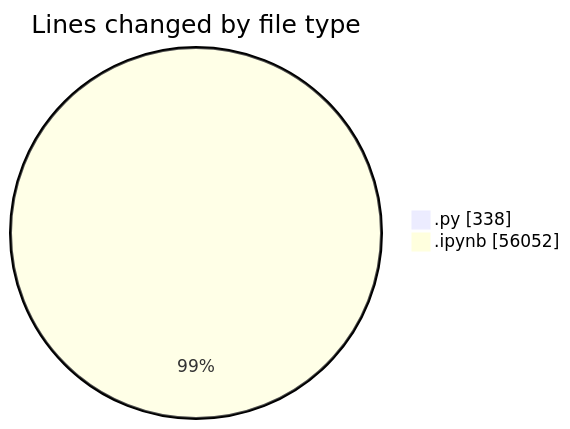
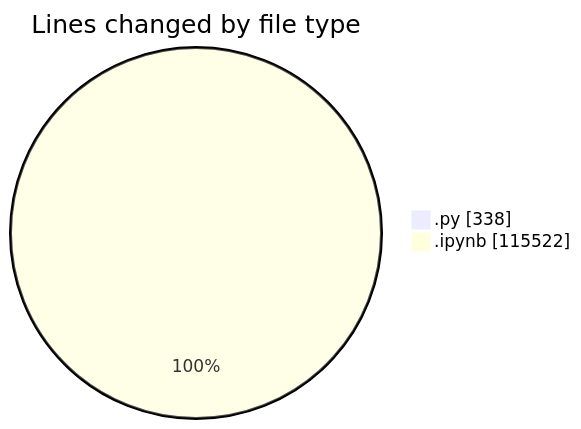
Before and after one commit to MatusMokan/code-tracking: the first of 2 diagrams in 2025-10-07/untitled__workspace_/README.md, drawn with Mermaid. The commit also changed other lines of this file and 1 other file, not shown here.

````diff
--- a/2025-10-07/untitled__workspace_/README.md
+++ b/2025-10-07/untitled__workspace_/README.md
@@ -22,6 +22,6 @@
 ```mermaid
 pie showData
 title Lines changed by file type
 ".py" : 338
-".ipynb" : 56052
+".ipynb" : 115522
 ```
````
